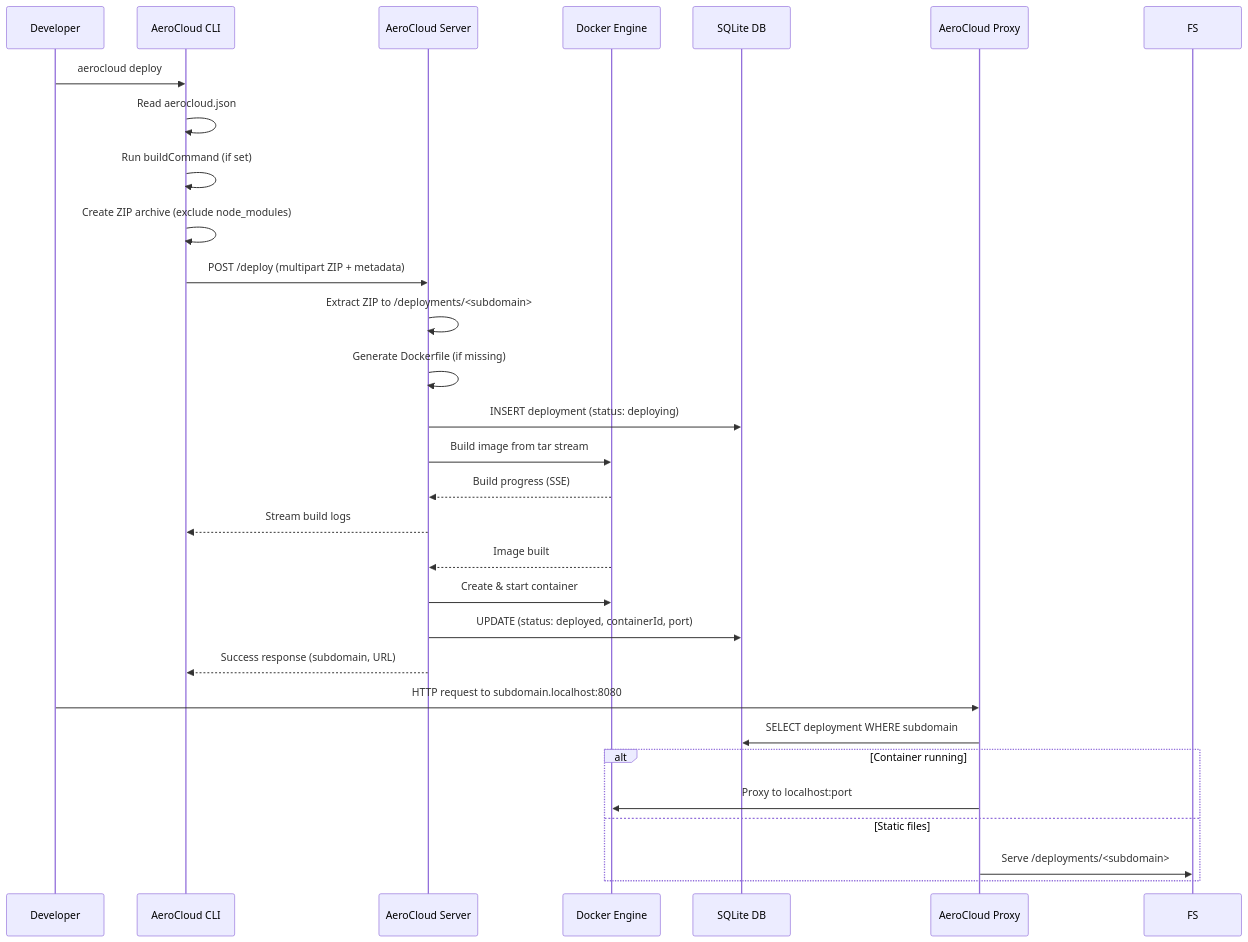
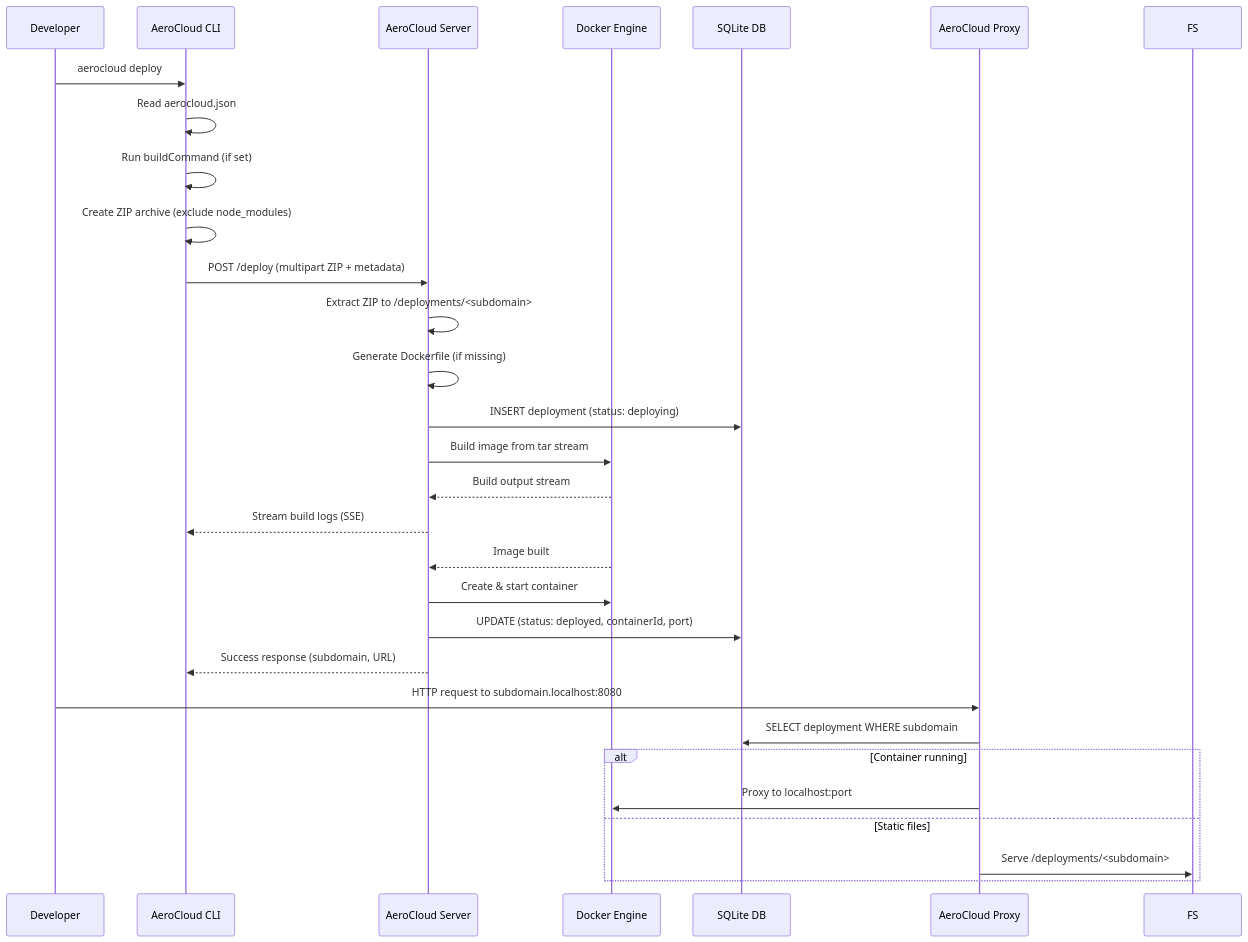
One commit to GoluScriptMage/aerocloud changed the diagram in README.md. Above: the diagram before and after it, drawn with Mermaid.

````diff
--- a/README.md
+++ b/README.md
@@ -114,32 +114,32 @@
 ```mermaid
 sequenceDiagram
     participant Dev as Developer
     participant CLI as AeroCloud CLI
     participant Server as AeroCloud Server
     participant Docker as Docker Engine
     participant DB as SQLite DB
     participant Proxy as AeroCloud Proxy
     
     Dev->>CLI: aerocloud deploy
     CLI->>CLI: Read aerocloud.json
     CLI->>CLI: Run buildCommand (if set)
     CLI->>CLI: Create ZIP archive (exclude node_modules)
     CLI->>Server: POST /deploy (multipart ZIP + metadata)
     Server->>Server: Extract ZIP to /deployments/<subdomain>
     Server->>Server: Generate Dockerfile (if missing)
     Server->>DB: INSERT deployment (status: deploying)
     Server->>Docker: Build image from tar stream
-    Docker-->>Server: Build progress (SSE)
-    Server-->>CLI: Stream build logs
+    Docker-->>Server: Build output stream
+    Server-->>CLI: Stream build logs (SSE)
     Docker-->>Server: Image built
     Server->>Docker: Create & start container
     Server->>DB: UPDATE (status: deployed, containerId, port)
     Server-->>CLI: Success response (subdomain, URL)
     Dev->>Proxy: HTTP request to subdomain.localhost:8080
     Proxy->>DB: SELECT deployment WHERE subdomain
     alt Container running
         Proxy->>Docker: Proxy to localhost:port
     else Static files
         Proxy->>FS: Serve /deployments/<subdomain>
     end
 ```
````
